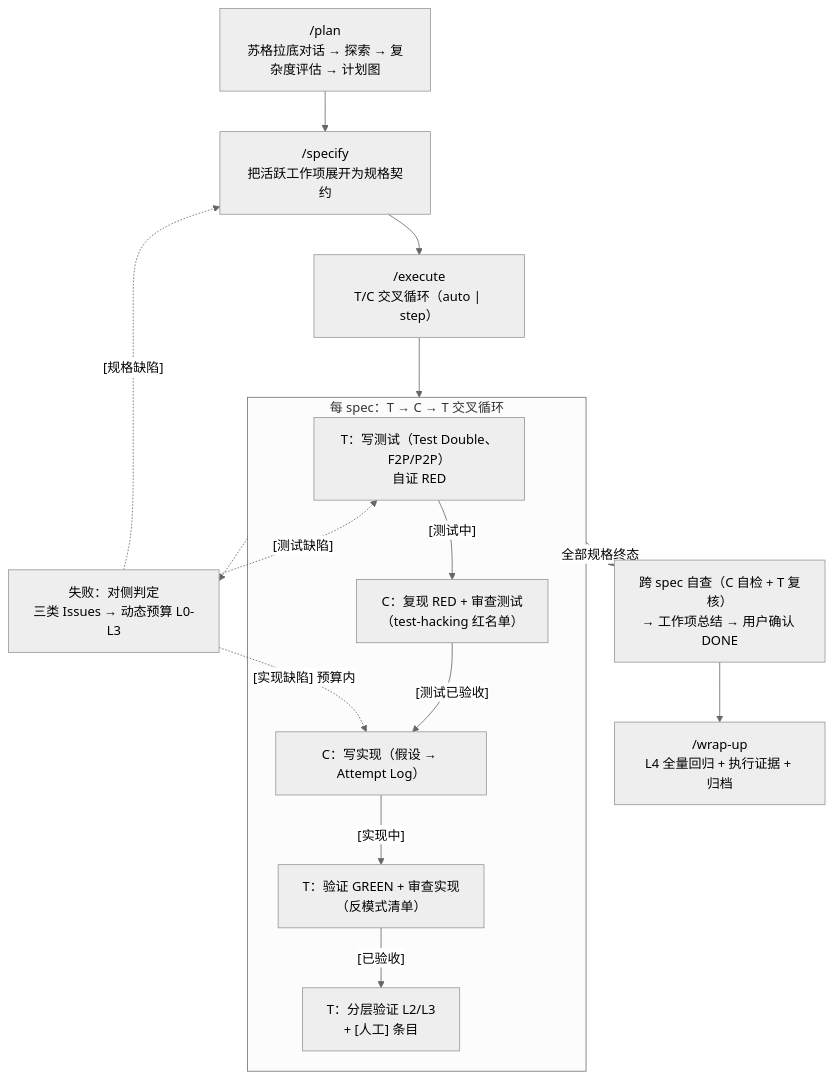
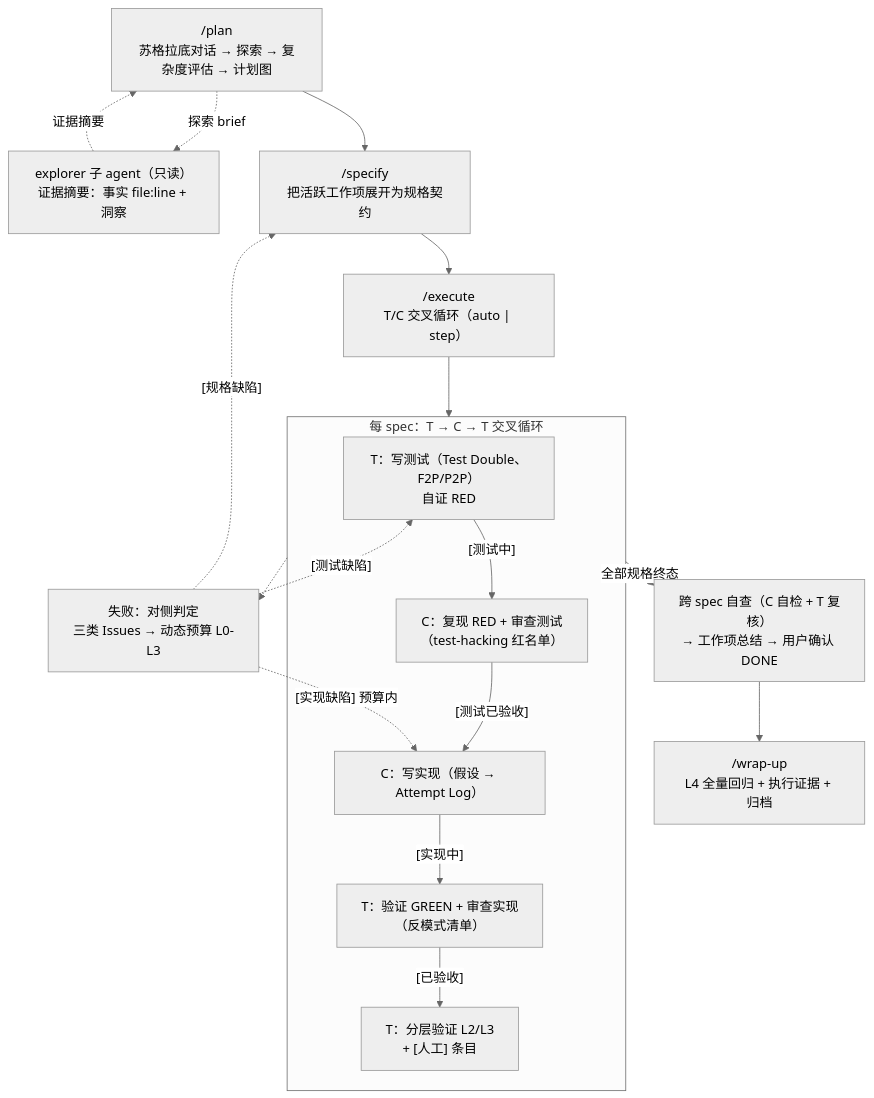
The diagram in README-zh.md (theLittleStone/SpecForge), drawn with Mermaid (neutral theme) before and after one commit. The commit also changed other lines of this file and 3 other files, not shown here.

````diff
--- a/README-zh.md
+++ b/README-zh.md
@@ -36,26 +36,29 @@
 ```mermaid
 flowchart TD
     PLAN["/plan<br/>苏格拉底对话 → 探索 → 复杂度评估 → 计划图"]
+    EXPL["explorer 子 agent（只读）<br/>证据摘要：事实 file:line + 洞察"]
+    PLAN -. "探索 brief" .-> EXPL
+    EXPL -. "证据摘要" .-> PLAN
     PLAN --> SPEC["/specify<br/>把活跃工作项展开为规格契约"]
 
     SPEC --> EXEC["/execute<br/>T/C 交叉循环（auto | step）"]
 
     subgraph LOOP["每 spec：T → C → T 交叉循环"]
         T1["T：写测试（Test Double、F2P/P2P）<br/>自证 RED"]
         T1 -->|"[测试中]"| C1["C：复现 RED + 审查测试<br/>（test-hacking 红名单）"]
         C1 -->|"[测试已验收]"| C2["C：写实现（假设 → Attempt Log）"]
         C2 -->|"[实现中]"| T2["T：验证 GREEN + 审查实现<br/>（反模式清单）"]
         T2 -->|"[已验收]"| L["T：分层验证 L2/L3<br/>+ [人工] 条目"]
     end
 
     EXEC --> LOOP
     LOOP -->|"全部规格终态"| DONE["跨 spec 自查（C 自检 + T 复核）<br/>→ 工作项总结 → 用户确认 DONE"]
 
     DONE --> REPORT["/wrap-up<br/>L4 全量回归 + 执行证据 + 归档"]
 
     FAIL["失败：对侧判定<br/>三类 Issues → 动态预算 L0-L3"]
     LOOP -.-> FAIL
     FAIL -.->|"[实现缺陷] 预算内"| C2
     FAIL -.->|"[测试缺陷]"| T1
     FAIL -.->|"[规格缺陷]"| SPEC
 ```
````
